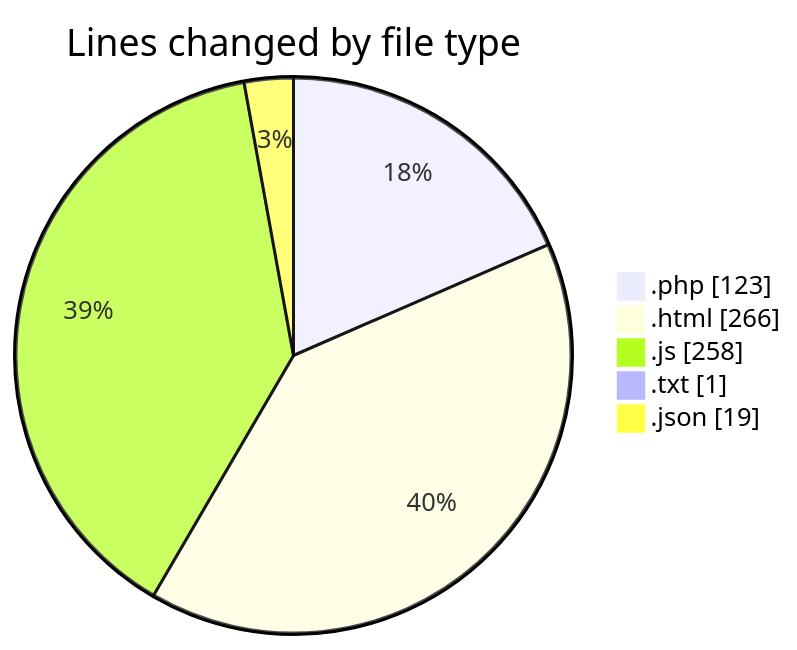
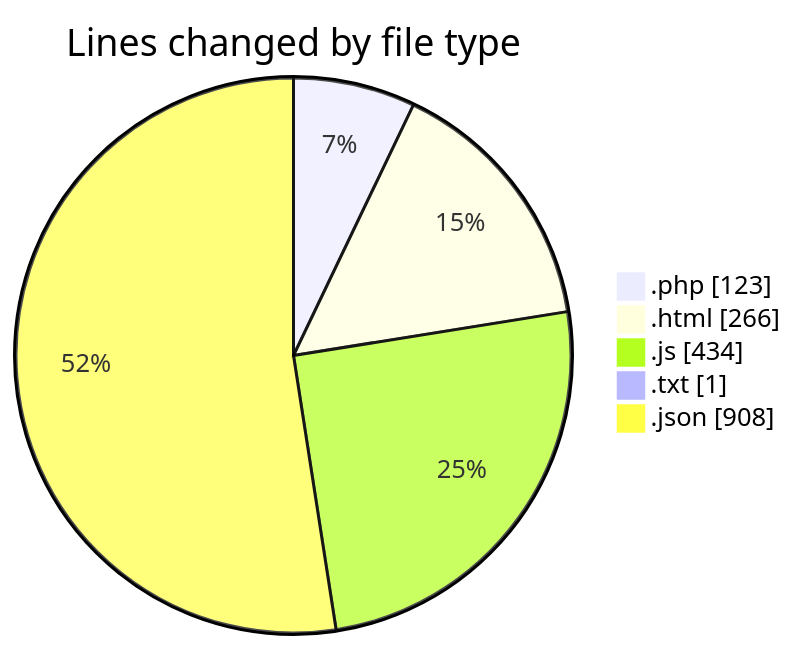
Before and after one commit to lephambinh05/code-tracking: the first of 2 diagrams in 2025-08-10/getmailotp/README.md, drawn with Mermaid. The commit also changed other lines of this file and 1 other file, not shown here.

````diff
--- a/2025-08-10/getmailotp/README.md
+++ b/2025-08-10/getmailotp/README.md
@@ -24,9 +25,9 @@
 ```mermaid
 pie showData
 title Lines changed by file type
 ".php" : 123
 ".html" : 266
-".js" : 258
+".js" : 434
 ".txt" : 1
-".json" : 19
+".json" : 908
 ```
````
